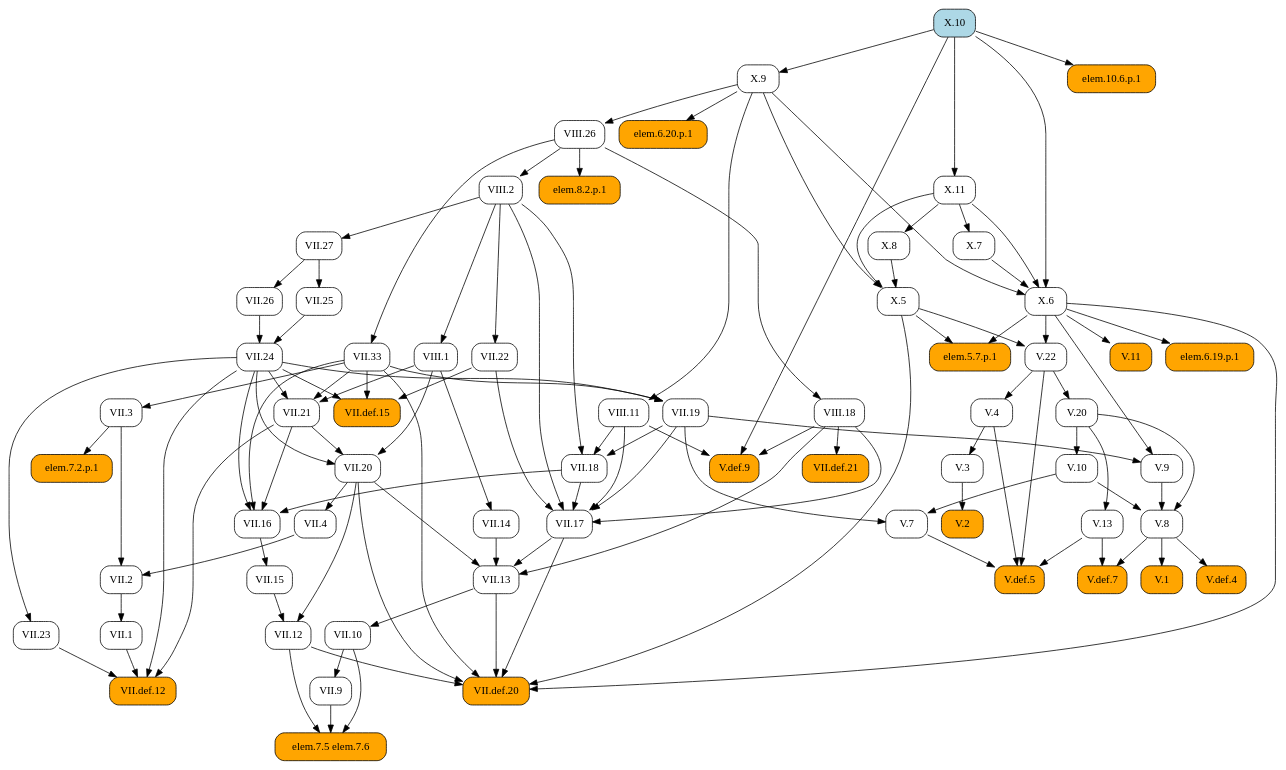
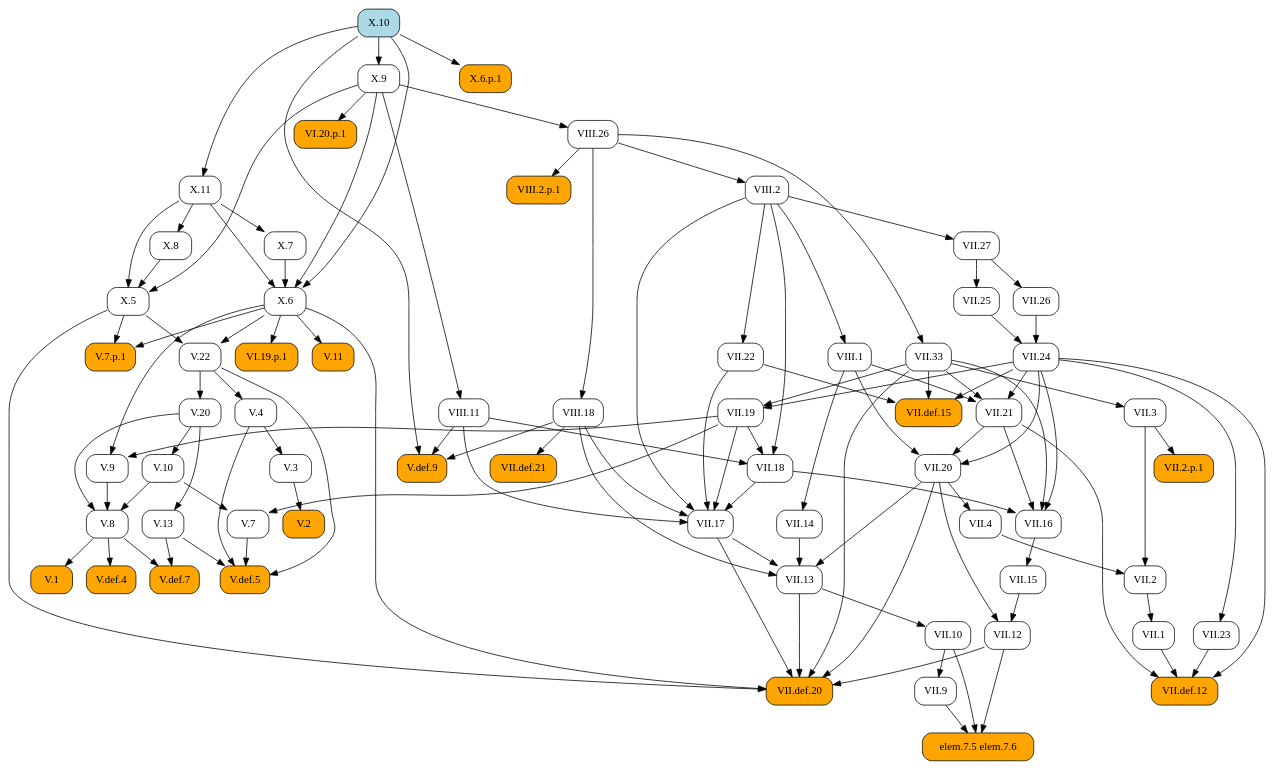
The diagram in docsrc/heath/X/10/index.rst (geometor/elements), drawn with Graphviz before and after one commit. The commit also changed other lines of this file and 484 other files, not shown here.

```diff
--- a/docsrc/heath/X/10/index.rst
+++ b/docsrc/heath/X/10/index.rst
@@ -45,85 +45,115 @@
    digraph {
      rankdir="TB";
      node [shape=box, style=rounded];
-     "elem.6.20.p.1" [style="rounded,filled", fillcolor=orange];
-     "VII.1" [URL="/heath/VII/1/", target="_top"];
+     "VII.33" [URL="/heath/VII/33/", target="_top"];
+     "VII.12" [URL="/heath/VII/12/", target="_top"];
+     "elem.7.5 elem.7.6" [style="rounded,filled", fillcolor=orange];
+     "X.11" [URL="/heath/X/11/", target="_top"];
      "X.9" [URL="/heath/X/9/", target="_top"];
-     "VIII.26" [URL="/heath/VIII/26/", target="_top"];
      "VII.9" [URL="/heath/VII/9/", target="_top"];
+     "V.13" [URL="/heath/V/13/", target="_top"];
+     "VIII.2" [URL="/heath/VIII/2/", target="_top"];
+     "VII.18" [URL="/heath/VII/18/", target="_top"];
+     "VII.16" [URL="/heath/VII/16/", target="_top"];
+     "V.7" [URL="/heath/V/7/", target="_top"];
+     "V.7.p.1" [style="rounded,filled", fillcolor=orange];
+     "X.8" [URL="/heath/X/8/", target="_top"];
+     "VII.26" [URL="/heath/VII/26/", target="_top"];
      "V.def.5" [style="rounded,filled", fillcolor=orange, URL="/heath/V/def.5/", target="_top"];
-     "V.22" [URL="/heath/V/22/", target="_top"];
      "X.6" [URL="/heath/X/6/", target="_top"];
+     "V.9" [URL="/heath/V/9/", target="_top"];
+     "VII.10" [URL="/heath/VII/10/", target="_top"];
+     "VII.13" [URL="/heath/VII/13/", target="_top"];
+     "VIII.18" [URL="/heath/VIII/18/", target="_top"];
+     "V.10" [URL="/heath/V/10/", target="_top"];
+     "V.4" [URL="/heath/V/4/", target="_top"];
      "V.20" [URL="/heath/V/20/", target="_top"];
-     "X.8" [URL="/heath/X/8/", target="_top"];
+     "VII.def.15" [style="rounded,filled", fillcolor=orange, URL="/heath/VII/def.15/", target="_top"];
+     "VI.20.p.1" [style="rounded,filled", fillcolor=orange];
      "V.11" [style="rounded,filled", fillcolor=orange, URL="/heath/V/11/", target="_top"];
      "VII.17" [URL="/heath/VII/17/", target="_top"];
-     "V.10" [URL="/heath/V/10/", target="_top"];
-     "V.13" [URL="/heath/V/13/", target="_top"];
+     "VIII.2.p.1" [style="rounded,filled", fillcolor=orange];
+     "VIII.11" [URL="/heath/VIII/11/", target="_top"];
+     "VII.19" [URL="/heath/VII/19/", target="_top"];
+     "VII.def.20" [style="rounded,filled", fillcolor=orange, URL="/heath/VII/def.20/", target="_top"];
+     "VII.2" [URL="/heath/VII/2/", target="_top"];
+     "V.def.4" [style="rounded,filled", fillcolor=orange, URL="/heath/V/def.4/", target="_top"];
+     "VII.15" [URL="/heath/VII/15/", target="_top"];
+     "VII.2.p.1" [style="rounded,filled", fillcolor=orange];
+     "X.10" [style="rounded,filled", fillcolor=lightblue, URL="/heath/X/10/", target="_top"];
+     "V.2" [style="rounded,filled", fillcolor=orange, URL="/heath/V/2/", target="_top"];
+     "V.def.7" [style="rounded,filled", fillcolor=orange, URL="/heath/V/def.7/", target="_top"];
+     "VII.14" [URL="/heath/VII/14/", target="_top"];
+     "V.3" [URL="/heath/V/3/", target="_top"];
+     "VII.27" [URL="/heath/VII/27/", target="_top"];
+     "X.5" [URL="/heath/X/5/", target="_top"];
+     "VII.21" [URL="/heath/VII/21/", target="_top"];
+     "VI.19.p.1" [style="rounded,filled", fillcolor=orange];
+     "VII.22" [URL="/heath/VII/22/", target="_top"];
+     "VII.25" [URL="/heath/VII/25/", target="_top"];
+     "VIII.1" [URL="/heath/VIII/1/", target="_top"];
+     "VII.1" [URL="/heath/VII/1/", target="_top"];
+     "V.8" [URL="/heath/V/8/", target="_top"];
+     "VII.23" [URL="/heath/VII/23/", target="_top"];
+     "X.7" [URL="/heath/X/7/", target="_top"];
+     "VII.4" [URL="/heath/VII/4/", target="_top"];
+     "VII.20" [URL="/heath/VII/20/", target="_top"];
+     "VII.def.12" [style="rounded,filled", fillcolor=orange, URL="/heath/VII/def.12/", target="_top"];
+     "V.22" [URL="/heath/V/22/", target="_top"];
+     "V.1" [style="rounded,filled", fillcolor=orange, URL="/heath/V/1/", target="_top"];
+     "V.def.9" [style="rounded,filled", fillcolor=orange, URL="/heath/V/def.9/", target="_top"];
      "VII.3" [URL="/heath/VII/3/", target="_top"];
-     "elem.7.5 elem.7.6" [style="rounded,filled", fillcolor=orange];
+     "VII.24" [URL="/heath/VII/24/", target="_top"];
+     "VIII.26" [URL="/heath/VIII/26/", target="_top"];
+     "X.6.p.1" [style="rounded,filled", fillcolor=orange];
      "VII.def.21" [style="rounded,filled", fillcolor=orange, URL="/heath/VII/def.21/", target="_top"];
-     "V.7" [URL="/heath/V/7/", target="_top"];
-     "V.9" [URL="/heath/V/9/", target="_top"];
-     "VII.13" [URL="/heath/VII/13/", target="_top"];
-     "VII.2" [URL="/heath/VII/2/", target="_top"];
-     "VIII.1" [URL="/heath/VIII/1/", target="_top"];
-     "VIII.2" [URL="/heath/VIII/2/", target="_top"];
-     "V.3" [URL="/heath/V/3/", target="_top"];
-     "VII.12" [URL="/heath/VII/12/", target="_top"];
-     "X.7" [URL="/heath/X/7/", target="_top"];
-     "VII.24" [URL="/heath/VII/24/", target="_top"];
-     "elem.6.19.p.1" [style="rounded,filled", fillcolor=orange];
-     "V.8" [URL="/heath/V/8/", target="_top"];
-     "VII.def.12" [style="rounded,filled", fillcolor=orange, URL="/heath/VII/def.12/", target="_top"];
-     "VII.33" [URL="/heath/VII/33/", target="_top"];
-     "V.def.9" [style="rounded,filled", fillcolor=orange, URL="/heath/V/def.9/", target="_top"];
-     "elem.7.2.p.1" [style="rounded,filled", fillcolor=orange];
-     "VIII.18" [URL="/heath/VIII/18/", target="_top"];
-     "VII.10" [URL="/heath/VII/10/", target="_top"];
-     "VII.def.15" [style="rounded,filled", fillcolor=orange, URL="/heath/VII/def.15/", target="_top"];
-     "X.10" [style="rounded,filled", fillcolor=lightblue, URL="/heath/X/10/", target="_top"];
-     "VII.18" [URL="/heath/VII/18/", target="_top"];
-     "VII.19" [URL="/heath/VII/19/", target="_top"];
-     "VIII.11" [URL="/heath/VIII/11/", target="_top"];
-     "VII.16" [URL="/heath/VII/16/", target="_top"];
-     "V.4" [URL="/heath/V/4/", target="_top"];
-     "elem.5.7.p.1" [style="rounded,filled", fillcolor=orange];
-     "VII.26" [URL="/heath/VII/26/", target="_top"];
-     "VII.4" [URL="/heath/VII/4/", target="_top"];
-     "VII.25" [URL="/heath/VII/25/", target="_top"];
-     "VII.21" [URL="/heath/VII/21/", target="_top"];
-     "V.1" [style="rounded,filled", fillcolor=orange, URL="/heath/V/1/", target="_top"];
-     "elem.10.6.p.1" [style="rounded,filled", fillcolor=orange];
-     "VII.20" [URL="/heath/VII/20/", target="_top"];
-     "X.5" [URL="/heath/X/5/", target="_top"];
-     "X.11" [URL="/heath/X/11/", target="_top"];
-     "VII.27" [URL="/heath/VII/27/", target="_top"];
-     "VII.14" [URL="/heath/VII/14/", target="_top"];
-     "V.def.4" [style="rounded,filled", fillcolor=orange, URL="/heath/V/def.4/", target="_top"];
-     "V.2" [style="rounded,filled", fillcolor=orange, URL="/heath/V/2/", target="_top"];
-     "VII.22" [URL="/heath/VII/22/", target="_top"];
-     "V.def.7" [style="rounded,filled", fillcolor=orange, URL="/heath/V/def.7/", target="_top"];
-     "VII.23" [URL="/heath/VII/23/", target="_top"];
-     "VII.15" [URL="/heath/VII/15/", target="_top"];
-     "VII.def.20" [style="rounded,filled", fillcolor=orange, URL="/heath/VII/def.20/", target="_top"];
-     "elem.8.2.p.1" [style="rounded,filled", fillcolor=orange];
-     "X.9" -> "elem.6.20.p.1";
-     "VII.2" -> "VII.1";
+     "VIII.26" -> "VII.33";
+     "VII.15" -> "VII.12";
+     "VII.20" -> "VII.12";
+     "VII.9" -> "elem.7.5 elem.7.6";
+     "VII.10" -> "elem.7.5 elem.7.6";
+     "VII.12" -> "elem.7.5 elem.7.6";
+     "X.10" -> "X.11";
      "X.10" -> "X.9";
-     "X.9" -> "VIII.26";
      "VII.10" -> "VII.9";
+     "V.20" -> "V.13";
+     "VIII.26" -> "VIII.2";
+     "VII.19" -> "VII.18";
+     "VIII.2" -> "VII.18";
+     "VIII.11" -> "VII.18";
+     "VII.18" -> "VII.16";
+     "VII.21" -> "VII.16";
+     "VII.24" -> "VII.16";
+     "VII.33" -> "VII.16";
+     "V.10" -> "V.7";
+     "VII.19" -> "V.7";
+     "X.5" -> "V.7.p.1";
+     "X.6" -> "V.7.p.1";
+     "X.11" -> "X.8";
+     "VII.27" -> "VII.26";
      "V.4" -> "V.def.5";
      "V.7" -> "V.def.5";
      "V.13" -> "V.def.5";
      "V.22" -> "V.def.5";
-     "X.5" -> "V.22";
-     "X.6" -> "V.22";
      "X.7" -> "X.6";
      "X.9" -> "X.6";
      "X.10" -> "X.6";
      "X.11" -> "X.6";
+     "VII.19" -> "V.9";
+     "X.6" -> "V.9";
+     "VII.13" -> "VII.10";
+     "VII.14" -> "VII.13";
+     "VII.17" -> "VII.13";
+     "VII.20" -> "VII.13";
+     "VIII.18" -> "VII.13";
+     "VIII.26" -> "VIII.18";
+     "V.20" -> "V.10";
+     "V.22" -> "V.4";
      "V.22" -> "V.20";
-     "X.11" -> "X.8";
+     "VII.22" -> "VII.def.15";
+     "VII.24" -> "VII.def.15";
+     "VII.33" -> "VII.def.15";
+     "X.9" -> "VI.20.p.1";
      "X.6" -> "V.11";
      "VII.18" -> "VII.17";
      "VII.19" -> "VII.17";
@@ -131,86 +161,10 @@
      "VIII.2" -> "VII.17";
      "VIII.11" -> "VII.17";
      "VIII.18" -> "VII.17";
-     "V.20" -> "V.10";
-     "V.20" -> "V.13";
-     "VII.33" -> "VII.3";
-     "VII.9" -> "elem.7.5 elem.7.6";
-     "VII.10" -> "elem.7.5 elem.7.6";
-     "VII.12" -> "elem.7.5 elem.7.6";
-     "VIII.18" -> "VII.def.21";
-     "V.10" -> "V.7";
-     "VII.19" -> "V.7";
-     "VII.19" -> "V.9";
-     "X.6" -> "V.9";
-     "VII.14" -> "VII.13";
-     "VII.17" -> "VII.13";
-     "VII.20" -> "VII.13";
-     "VIII.18" -> "VII.13";
-     "VII.3" -> "VII.2";
-     "VII.4" -> "VII.2";
-     "VIII.2" -> "VIII.1";
-     "VIII.26" -> "VIII.2";
-     "V.4" -> "V.3";
-     "VII.15" -> "VII.12";
-     "VII.20" -> "VII.12";
-     "X.11" -> "X.7";
-     "VII.25" -> "VII.24";
-     "VII.26" -> "VII.24";
-     "X.6" -> "elem.6.19.p.1";
-     "V.9" -> "V.8";
-     "V.10" -> "V.8";
-     "V.20" -> "V.8";
-     "VII.1" -> "VII.def.12";
-     "VII.21" -> "VII.def.12";
-     "VII.23" -> "VII.def.12";
-     "VII.24" -> "VII.def.12";
-     "VIII.26" -> "VII.33";
-     "VIII.11" -> "V.def.9";
-     "VIII.18" -> "V.def.9";
-     "X.10" -> "V.def.9";
-     "VII.3" -> "elem.7.2.p.1";
-     "VIII.26" -> "VIII.18";
-     "VII.13" -> "VII.10";
-     "VII.22" -> "VII.def.15";
-     "VII.24" -> "VII.def.15";
-     "VII.33" -> "VII.def.15";
-     "VII.19" -> "VII.18";
-     "VIII.2" -> "VII.18";
-     "VIII.11" -> "VII.18";
+     "VIII.26" -> "VIII.2.p.1";
+     "X.9" -> "VIII.11";
      "VII.24" -> "VII.19";
      "VII.33" -> "VII.19";
-     "X.9" -> "VIII.11";
-     "VII.18" -> "VII.16";
-     "VII.21" -> "VII.16";
-     "VII.24" -> "VII.16";
-     "VII.33" -> "VII.16";
-     "V.22" -> "V.4";
-     "X.5" -> "elem.5.7.p.1";
-     "X.6" -> "elem.5.7.p.1";
-     "VII.27" -> "VII.26";
-     "VII.20" -> "VII.4";
-     "VII.27" -> "VII.25";
-     "VII.24" -> "VII.21";
-     "VII.33" -> "VII.21";
-     "VIII.1" -> "VII.21";
-     "V.8" -> "V.1";
-     "X.10" -> "elem.10.6.p.1";
-     "VII.21" -> "VII.20";
-     "VII.24" -> "VII.20";
-     "VIII.1" -> "VII.20";
-     "X.8" -> "X.5";
-     "X.9" -> "X.5";
-     "X.11" -> "X.5";
-     "X.10" -> "X.11";
-     "VIII.2" -> "VII.27";
-     "VIII.1" -> "VII.14";
-     "V.8" -> "V.def.4";
-     "V.3" -> "V.2";
-     "VIII.2" -> "VII.22";
-     "V.8" -> "V.def.7";
-     "V.13" -> "V.def.7";
-     "VII.24" -> "VII.23";
-     "VII.16" -> "VII.15";
      "VII.12" -> "VII.def.20";
      "VII.13" -> "VII.def.20";
      "VII.17" -> "VII.def.20";
@@ -218,5 +172,51 @@
      "VII.33" -> "VII.def.20";
      "X.5" -> "VII.def.20";
      "X.6" -> "VII.def.20";
-     "VIII.26" -> "elem.8.2.p.1";
+     "VII.3" -> "VII.2";
+     "VII.4" -> "VII.2";
+     "V.8" -> "V.def.4";
+     "VII.16" -> "VII.15";
+     "VII.3" -> "VII.2.p.1";
+     "V.3" -> "V.2";
+     "V.8" -> "V.def.7";
+     "V.13" -> "V.def.7";
+     "VIII.1" -> "VII.14";
+     "V.4" -> "V.3";
+     "VIII.2" -> "VII.27";
+     "X.8" -> "X.5";
+     "X.9" -> "X.5";
+     "X.11" -> "X.5";
+     "VII.24" -> "VII.21";
+     "VII.33" -> "VII.21";
+     "VIII.1" -> "VII.21";
+     "X.6" -> "VI.19.p.1";
+     "VIII.2" -> "VII.22";
+     "VII.27" -> "VII.25";
+     "VIII.2" -> "VIII.1";
+     "VII.2" -> "VII.1";
+     "V.9" -> "V.8";
+     "V.10" -> "V.8";
+     "V.20" -> "V.8";
+     "VII.24" -> "VII.23";
+     "X.11" -> "X.7";
+     "VII.20" -> "VII.4";
+     "VII.21" -> "VII.20";
+     "VII.24" -> "VII.20";
+     "VIII.1" -> "VII.20";
+     "VII.1" -> "VII.def.12";
+     "VII.21" -> "VII.def.12";
+     "VII.23" -> "VII.def.12";
+     "VII.24" -> "VII.def.12";
+     "X.5" -> "V.22";
+     "X.6" -> "V.22";
+     "V.8" -> "V.1";
+     "VIII.11" -> "V.def.9";
+     "VIII.18" -> "V.def.9";
+     "X.10" -> "V.def.9";
+     "VII.33" -> "VII.3";
+     "VII.25" -> "VII.24";
+     "VII.26" -> "VII.24";
+     "X.9" -> "VIII.26";
+     "X.10" -> "X.6.p.1";
+     "VIII.18" -> "VII.def.21";
    }
```
